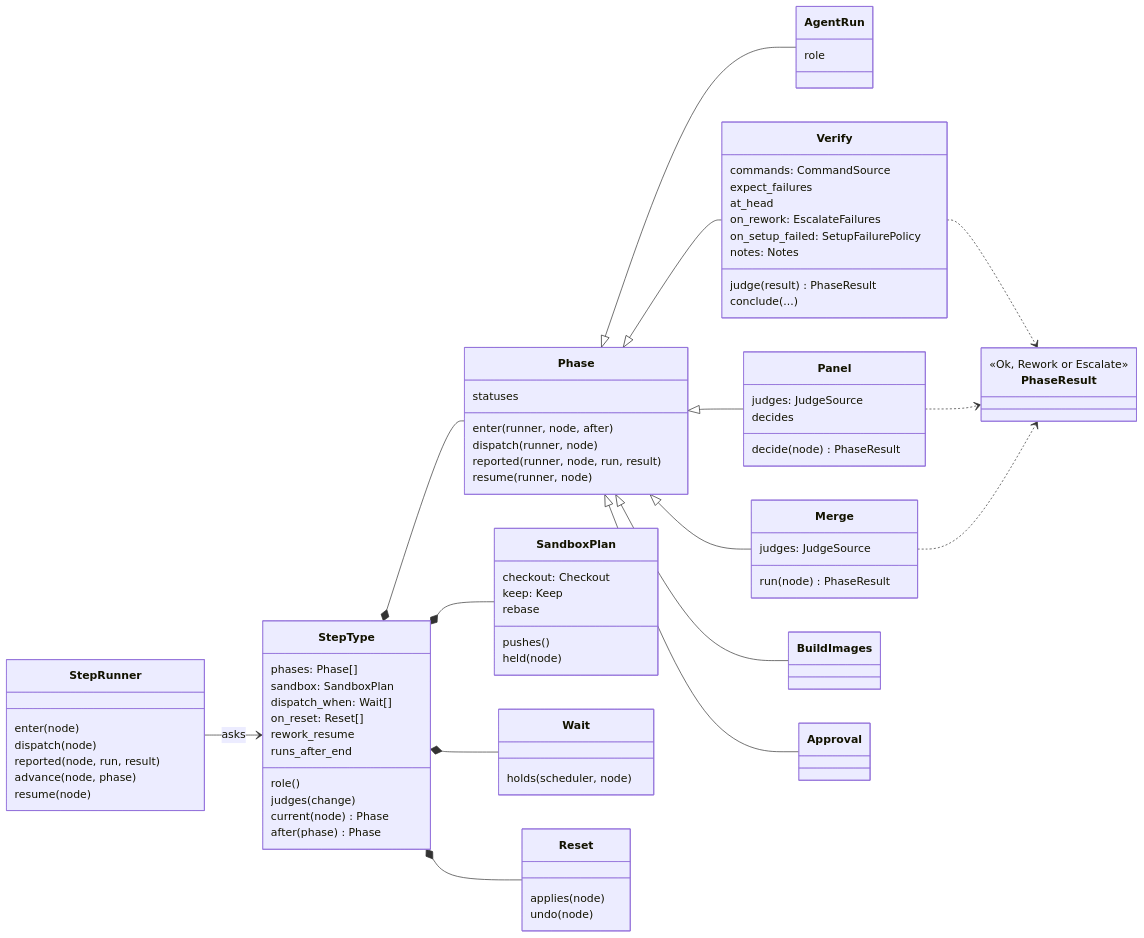
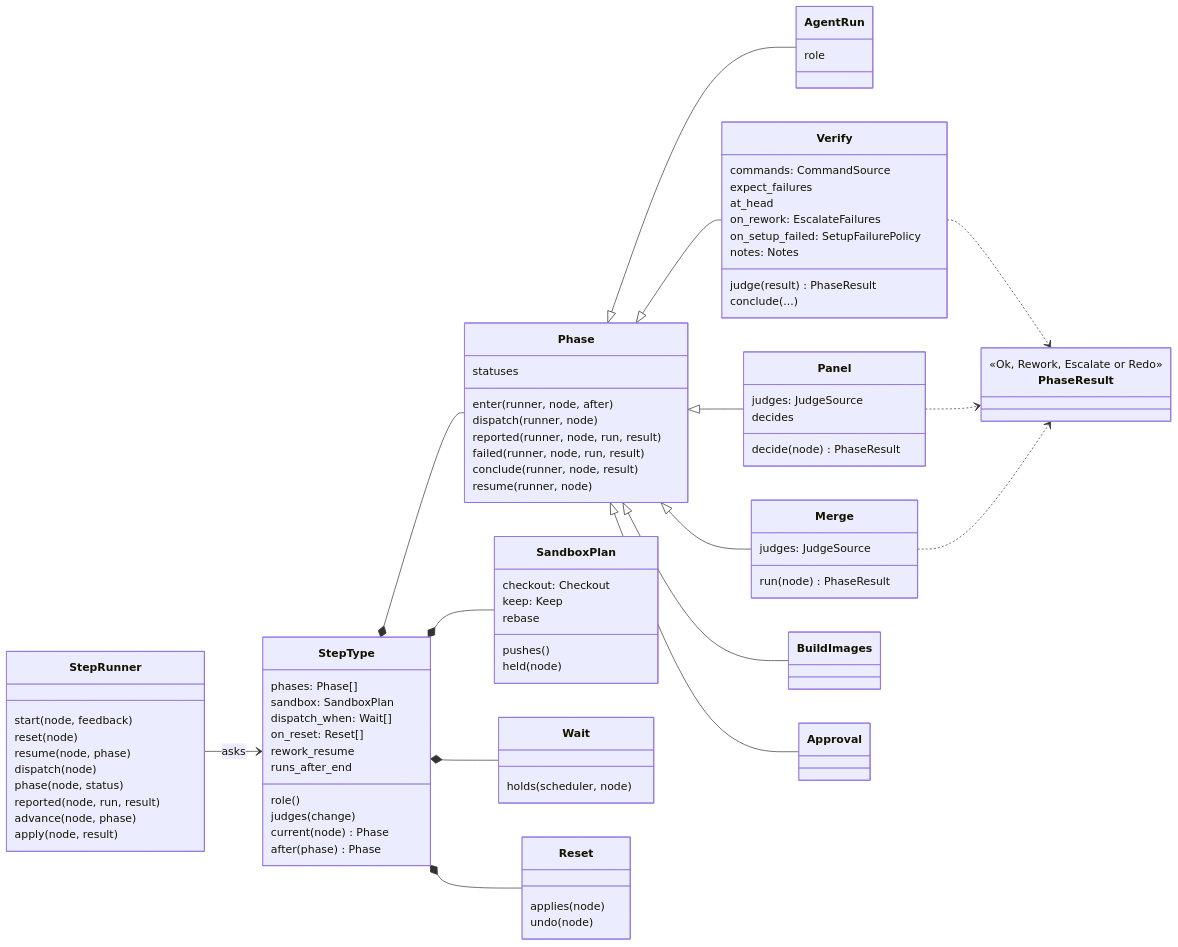
The fourth of 6 diagrams in docs/architecture.md (mr-miles/orchestrator), drawn with Mermaid before and after one commit. The commit also changed other lines of this file and 1 other file, not shown here.

```diff
--- a/docs/architecture.md
+++ b/docs/architecture.md
@@ -197,17 +234,22 @@
         after(phase) Phase
     }
     class StepRunner {
-        enter(node)
+        start(node, feedback)
+        reset(node)
+        resume(node, phase)
         dispatch(node)
+        phase(node, status)
         reported(node, run, result)
         advance(node, phase)
-        resume(node)
+        apply(node, result)
     }
     class Phase {
         statuses
         enter(runner, node, after)
         dispatch(runner, node)
         reported(runner, node, run, result)
+        failed(runner, node, run, result)
+        conclude(runner, node, result)
         resume(runner, node)
     }
     class AgentRun {
@@ -242,7 +284,7 @@
         held(node)
     }
     class PhaseResult {
-        <<Ok, Rework or Escalate>>
+        <<Ok, Rework, Escalate or Redo>>
     }
     class Wait {
         holds(scheduler, node)
```
